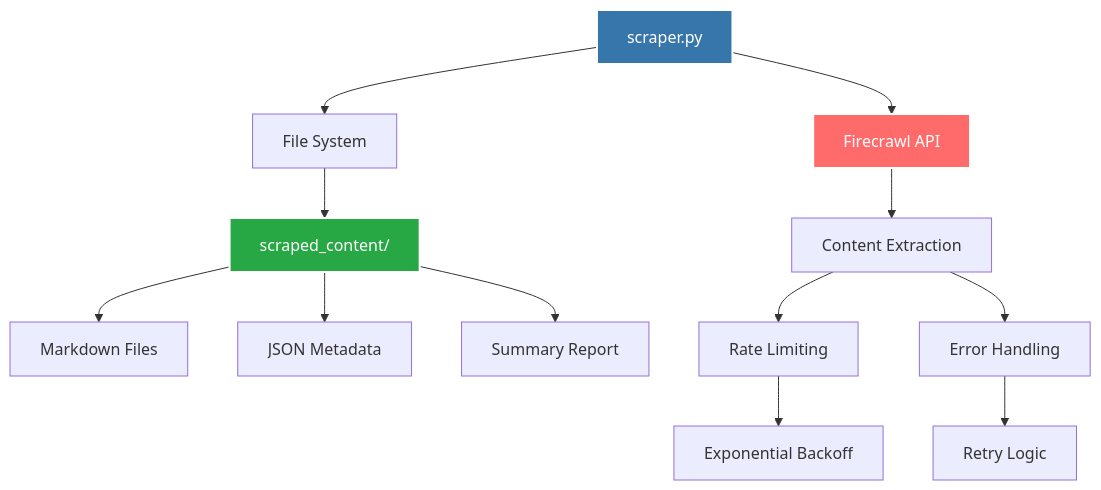
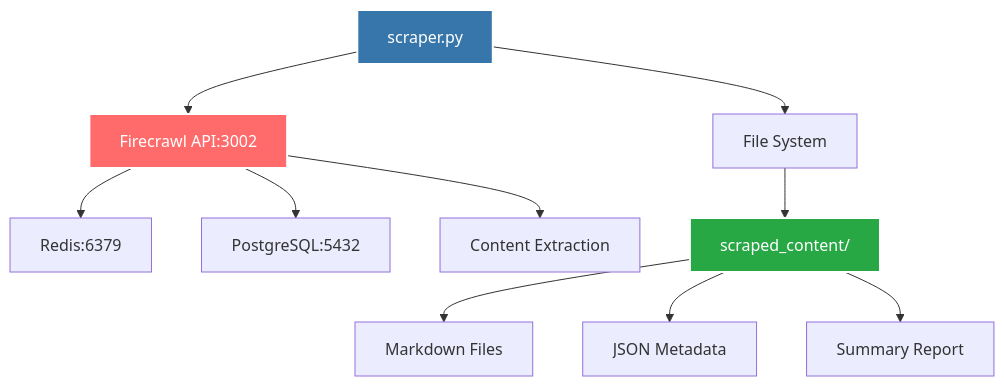
One commit to lopezbec/cocina-dominicana-crawl_Dominican_LLM_project changed the first of 3 diagrams in readme.markdown. Above: the diagram before and after it, drawn with Mermaid. The commit also changed other lines of this file, not shown here.

First line of the commit message:
docs: update README for local Firecrawl architecture

````diff
--- a/readme.markdown
+++ b/readme.markdown
@@ -22,19 +22,16 @@
 ```mermaid
 graph TB
-    A[scraper.py] --> B[Firecrawl API]
-    A --> C[File System]
-    B --> D[Content Extraction]
-    C --> E[scraped_content/]
-    E --> F[Markdown Files]
-    E --> G[JSON Metadata]
-    E --> H[Summary Report]
-    
-    D --> I[Rate Limiting]
-    D --> J[Error Handling]
-    I --> K[Exponential Backoff]
-    J --> L[Retry Logic]
+    A[scraper.py] --> B[Firecrawl API:3002]
+    B --> C[Redis:6379]
+    B --> D[PostgreSQL:5432]
+    B --> E[Content Extraction]
+    A --> F[File System]
+    F --> G[scraped_content/]
+    G --> H[Markdown Files]
+    G --> I[JSON Metadata]
+    G --> J[Summary Report]
     
     style A fill:#3776AB,stroke:#fff,stroke-width:2px,color:#fff
     style B fill:#FF6B6B,stroke:#fff,stroke-width:2px,color:#fff
-    style E fill:#28a745,stroke:#fff,stroke-width:2px,color:#fff
+    style G fill:#28a745,stroke:#fff,stroke-width:2px,color:#fff
 ```
````
